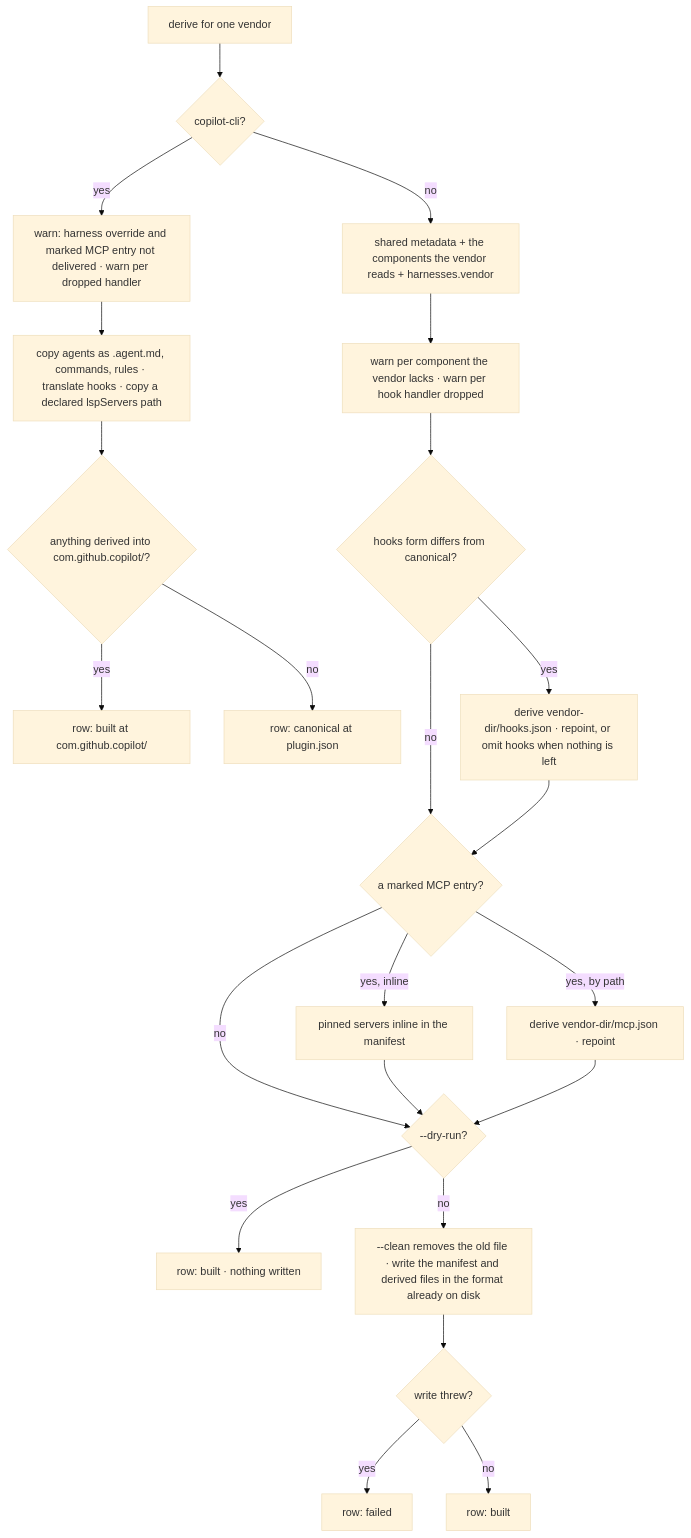
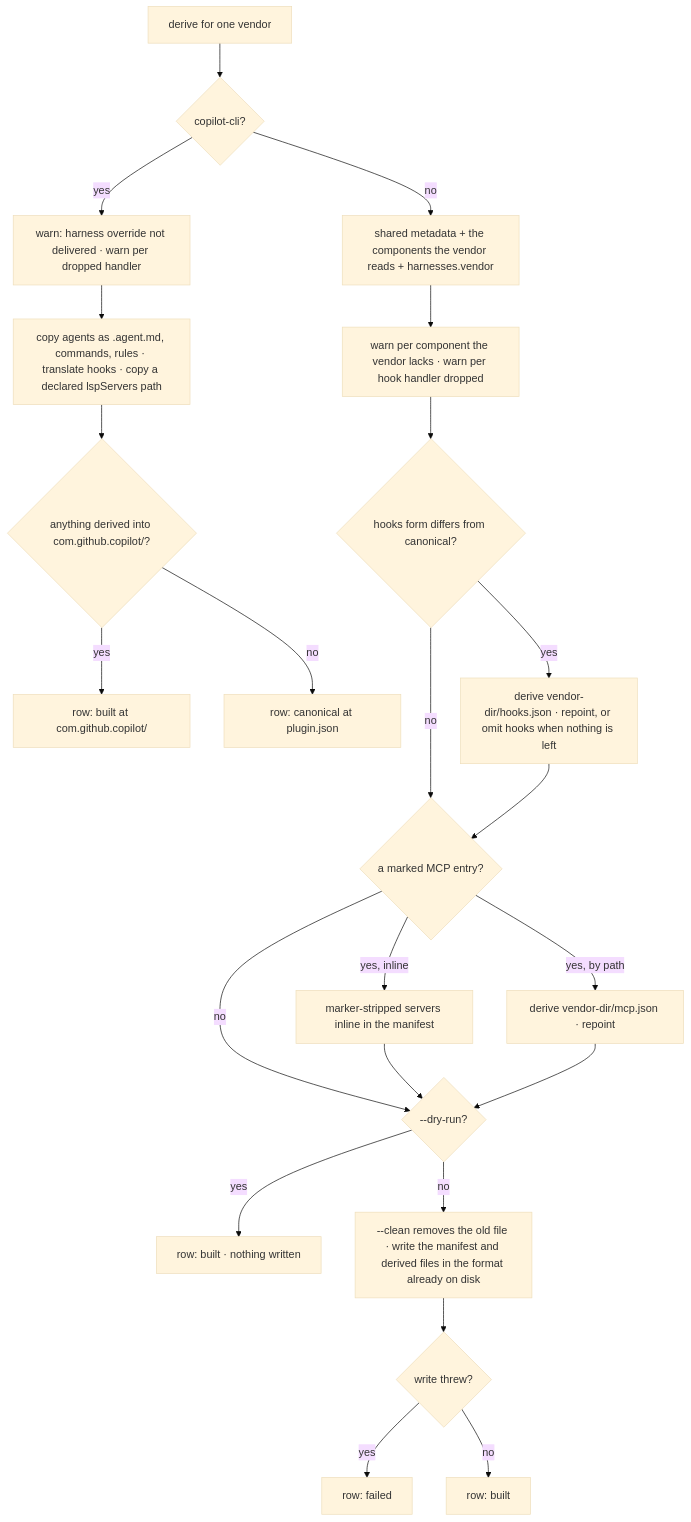
The second of 2 diagrams in packages/universal-plugin/.agents/spec/plugin/build/README.md (cyberuni/universal-plugin), drawn with Mermaid (base theme) before and after one commit. The commit also changed other lines of this file and 62 other files, not shown here.

````diff
--- a/packages/universal-plugin/.agents/spec/plugin/build/README.md
+++ b/packages/universal-plugin/.agents/spec/plugin/build/README.md
@@ -298,26 +287,26 @@
 ```mermaid
 graph TD
   A[derive for one vendor] --> CAN{copilot-cli?}
-  CAN -->|yes| WARN[warn: harness override and marked MCP entry not delivered · warn per dropped handler]
+  CAN -->|yes| WARN[warn: harness override not delivered · warn per dropped handler]
   WARN --> NS[copy agents as .agent.md, commands, rules · translate hooks · copy a declared lspServers path]
   NS --> ANY{anything derived into com.github.copilot/?}
   ANY -->|yes| R_NS[row: built at com.github.copilot/]
   ANY -->|no| R_CAN[row: canonical at plugin.json]
   CAN -->|no| MERGE[shared metadata + the components the vendor reads + harnesses.vendor]
   MERGE --> DROP[warn per component the vendor lacks · warn per hook handler dropped]
   DROP --> HK{hooks form differs from canonical?}
   HK -->|yes| HKW[derive vendor-dir/hooks.json · repoint, or omit hooks when nothing is left]
   HK -->|no| MCP
   HKW --> MCP{a marked MCP entry?}
-  MCP -->|yes, inline| MCPI[pinned servers inline in the manifest]
+  MCP -->|yes, inline| MCPI[marker-stripped servers inline in the manifest]
   MCP -->|yes, by path| MCPF[derive vendor-dir/mcp.json · repoint]
   MCP -->|no| W
   MCPI --> W
   MCPF --> W
   W{--dry-run?}
   W -->|yes| R_PLAN[row: built · nothing written]
   W -->|no| WR[--clean removes the old file · write the manifest and derived files in the format already on disk]
   WR --> OK{write threw?}
   OK -->|yes| R_FAIL[row: failed]
   OK -->|no| R_BUILT[row: built]
 ```
````
